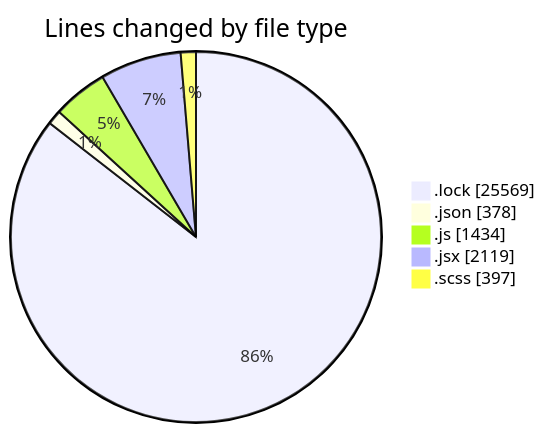
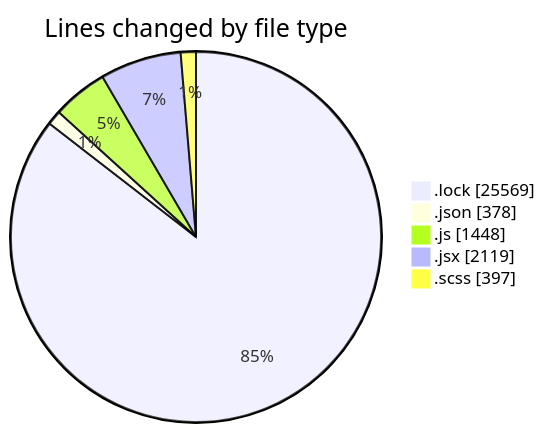
Before and after one commit to momahboobian/code-tracking: the first of 2 diagrams in 2026-01-07/cda/README.md, drawn with Mermaid. The commit also changed other lines of this file and 1 other file, not shown here.

````diff
--- a/2026-01-07/cda/README.md
+++ b/2026-01-07/cda/README.md
@@ -50,9 +50,9 @@
 ```mermaid
 pie showData
 title Lines changed by file type
 ".lock" : 25569
 ".json" : 378
-".js" : 1434
+".js" : 1448
 ".jsx" : 2119
 ".scss" : 397
 ```
````
